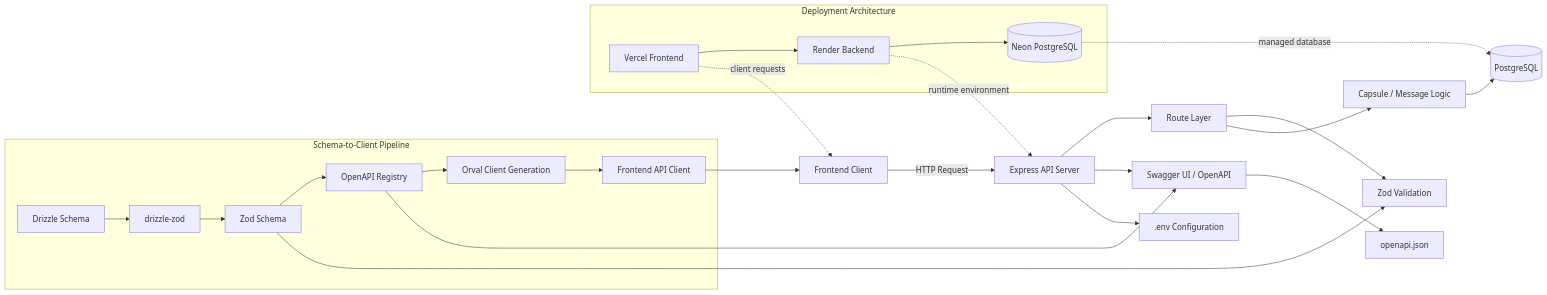
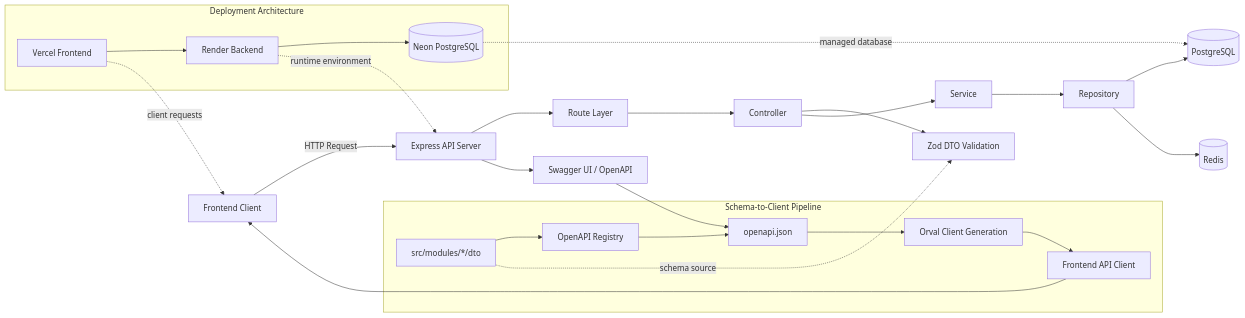
Before and after one commit to prgrms-fullcycle-devcourse/webfull_9_10_Sabujak_BE: the diagram in README.md, drawn with Mermaid. The commit also changed other lines of this file and 1 other file, not shown here.

````diff
--- a/README.md
+++ b/README.md
@@ -55,31 +55,31 @@
 ```mermaid
 flowchart LR
     FE["Frontend Client"] -->|HTTP Request| API["Express API Server"]
     API --> ROUTER["Route Layer"]
-    ROUTER --> VALID["Zod Validation"]
-    ROUTER --> SERVICE["Capsule / Message Logic"]
-    SERVICE --> DB[("PostgreSQL")]
+    ROUTER --> CTRL["Controller"]
+    CTRL --> VALID["Zod DTO Validation"]
+    CTRL --> SERVICE["Service"]
+    SERVICE --> REPO["Repository"]
+    REPO --> DB[("PostgreSQL")]
+    REPO --> REDIS[("Redis")]
     API --> DOCS["Swagger UI / OpenAPI"]
     DOCS --> SPEC["openapi.json"]
-    API --> ENV[".env Configuration"]
 
     subgraph PIPE["Schema-to-Client Pipeline"]
-        DRIZZLE["Drizzle Schema"] --> DZ["drizzle-zod"]
-        DZ --> ZOD["Zod Schema"]
-        ZOD --> OPENAPI["OpenAPI Registry"]
-        OPENAPI --> ORVAL["Orval Client Generation"]
+        DTO["src/modules/*/dto"] --> REG["OpenAPI Registry"]
+        REG --> SPEC
+        SPEC --> ORVAL["Orval Client Generation"]
         ORVAL --> FECLIENT["Frontend API Client"]
     end
 
     subgraph DEPLOY["Deployment Architecture"]
         VERCEL["Vercel Frontend"] --> RENDER["Render Backend"]
         RENDER --> NEON[("Neon PostgreSQL")]
     end
 
-    ZOD --> VALID
-    OPENAPI --> DOCS
+    DTO -.schema source.-> VALID
     FECLIENT --> FE
     VERCEL -.client requests.-> FE
     RENDER -.runtime environment.-> API
     NEON -.managed database.-> DB
 ```
````
